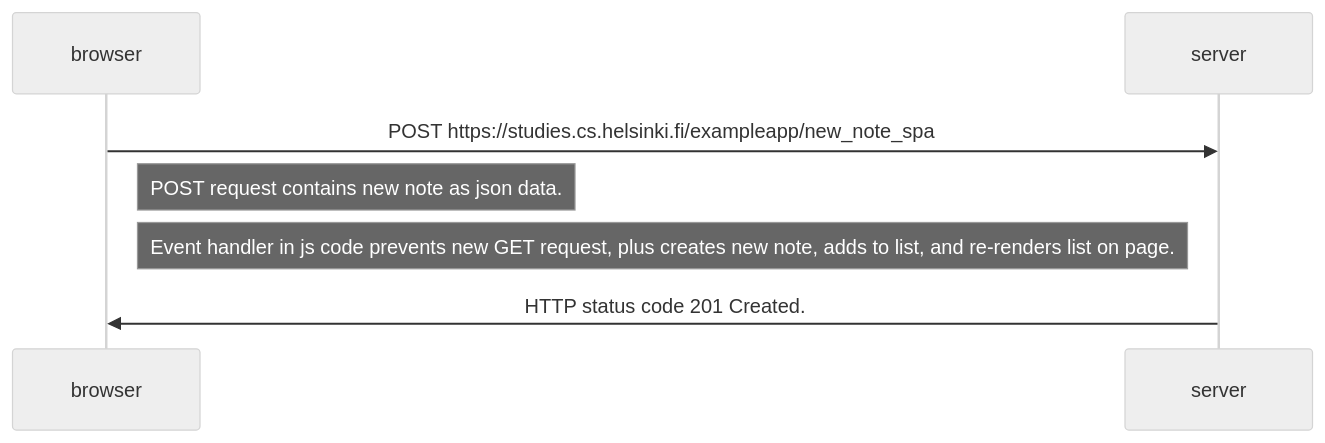
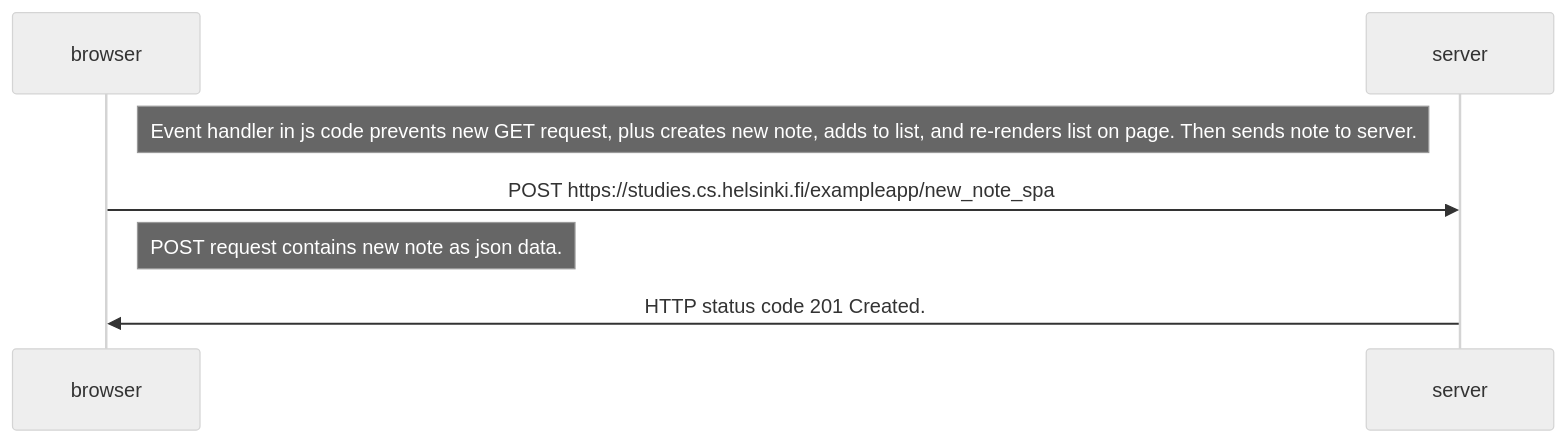
One commit to adam-herrala-bricker/fullstack changed the diagram in part_0/ex_6.md. Above: the diagram before and after it, drawn with Mermaid (neutral theme).

Commit message:
changed note location

```````diff
--- a/part_0/ex_6.md
+++ b/part_0/ex_6.md
@@ -1,7 +1,11 @@
 ```mermaid
 sequenceDiagram
+    participant browser
+    participant server
+
+    Note right of browser: Event handler in js code prevents new GET request, plus creates new note, adds to list, and re-renders list on page. Then sends note to server.
+
     browser->>server: POST https://studies.cs.helsinki.fi/exampleapp/new_note_spa
     Note right of browser: POST request contains new note as json data. 
-    Note right of browser: Event handler in js code prevents new GET request, plus creates new note, adds to list, and re-renders list on page.
     server->>browser: HTTP status code 201 Created.
-``````
+```
```````
